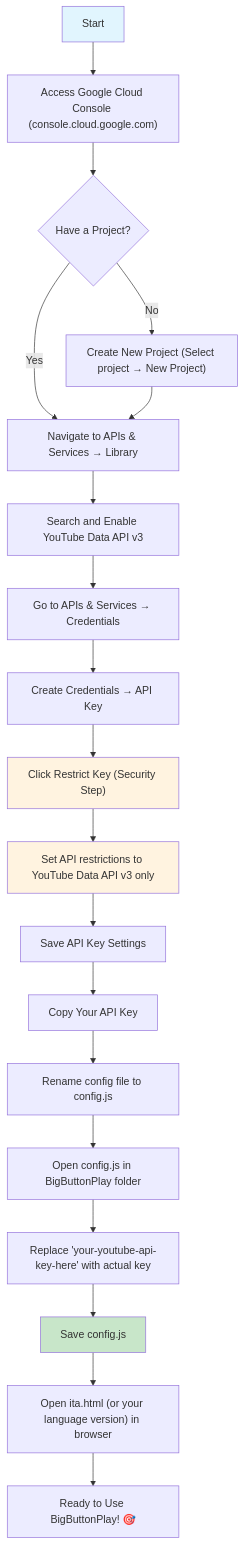
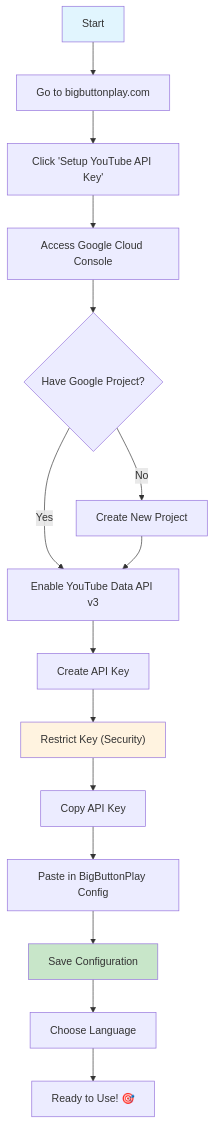
The diagram in README.md (gelso/BigButtonPlay), drawn with Mermaid before and after one commit. The commit also changed other lines of this file, not shown here.

````diff
--- a/README.md
+++ b/README.md
@@ -36,26 +57,21 @@
 ```mermaid
 flowchart TD
-    A[Start] --> B["Access Google Cloud Console (console.cloud.google.com)"]
-    B --> C{Have a Project?}
-    C -->|No| D["Create New Project (Select project → New Project)"]
-    C -->|Yes| E["Navigate to APIs & Services → Library"]
-    D --> E
-    E --> F["Search and Enable YouTube Data API v3"]
-    F --> G["Go to APIs & Services → Credentials"]
-    G --> H["Create Credentials → API Key"]
-    H --> I["Click Restrict Key (Security Step)"]
-    I --> J["Set API restrictions to YouTube Data API v3 only"]
-    J --> K["Save API Key Settings"]
-    K --> L["Copy Your API Key"]
-    L --> M["Rename config file to config.js"]
-    M --> N["Open config.js in BigButtonPlay folder"]
-    N --> O["Replace 'your-youtube-api-key-here' with actual key"]
-    O --> P["Save config.js"]
-    P --> Q["Open ita.html (or your language version) in browser"]
-    Q --> R[Ready to Use BigButtonPlay! 🎯]
+    A[Start] --> B["Go to bigbuttonplay.com"]
+    B --> C["Click 'Setup YouTube API Key'"]
+    C --> D["Access Google Cloud Console"]
+    D --> E{Have Google Project?}
+    E -->|No| F["Create New Project"]
+    E -->|Yes| G["Enable YouTube Data API v3"]
+    F --> G
+    G --> H["Create API Key"]
+    H --> I["Restrict Key (Security)"]
+    I --> J["Copy API Key"]
+    J --> K["Paste in BigButtonPlay Config"]
+    K --> L["Save Configuration"]
+    L --> M["Choose Language"]
+    M --> N[Ready to Use! 🎯]
     
     style A fill:#e1f5fe
-    style P fill:#c8e6c9
+    style L fill:#c8e6c9
     style I fill:#fff3e0
-    style J fill:#fff3e0
 ```
````
